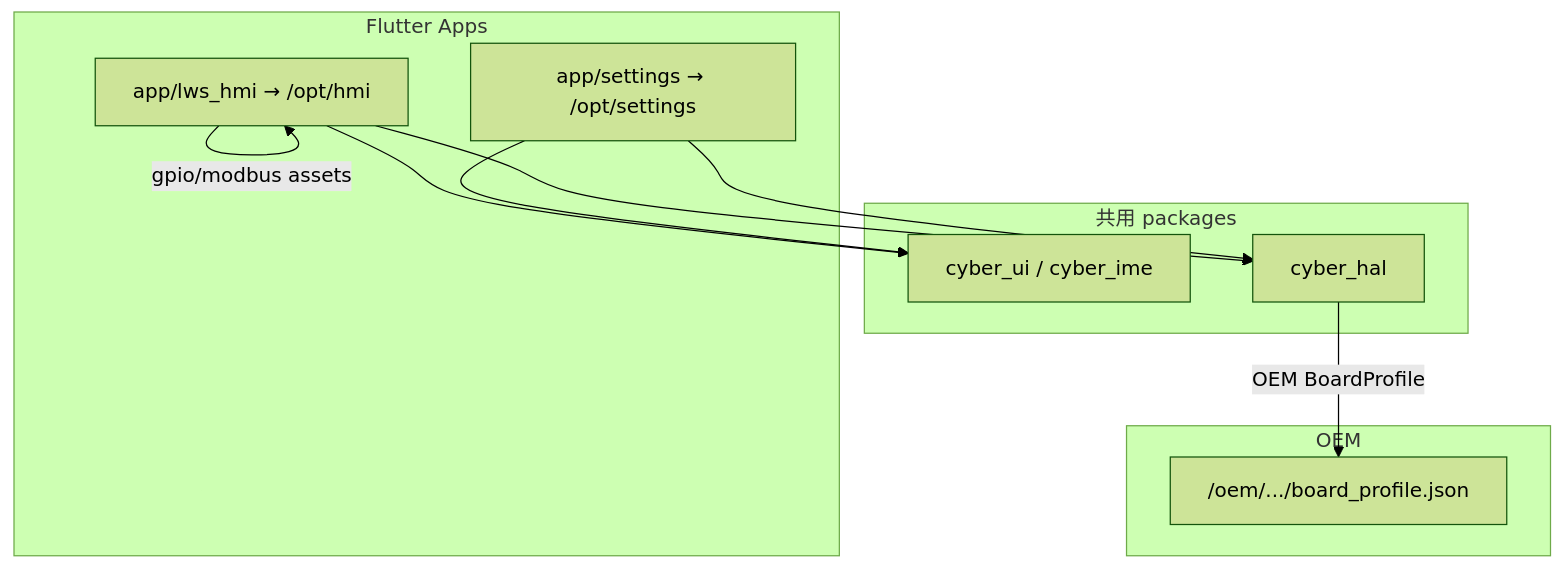
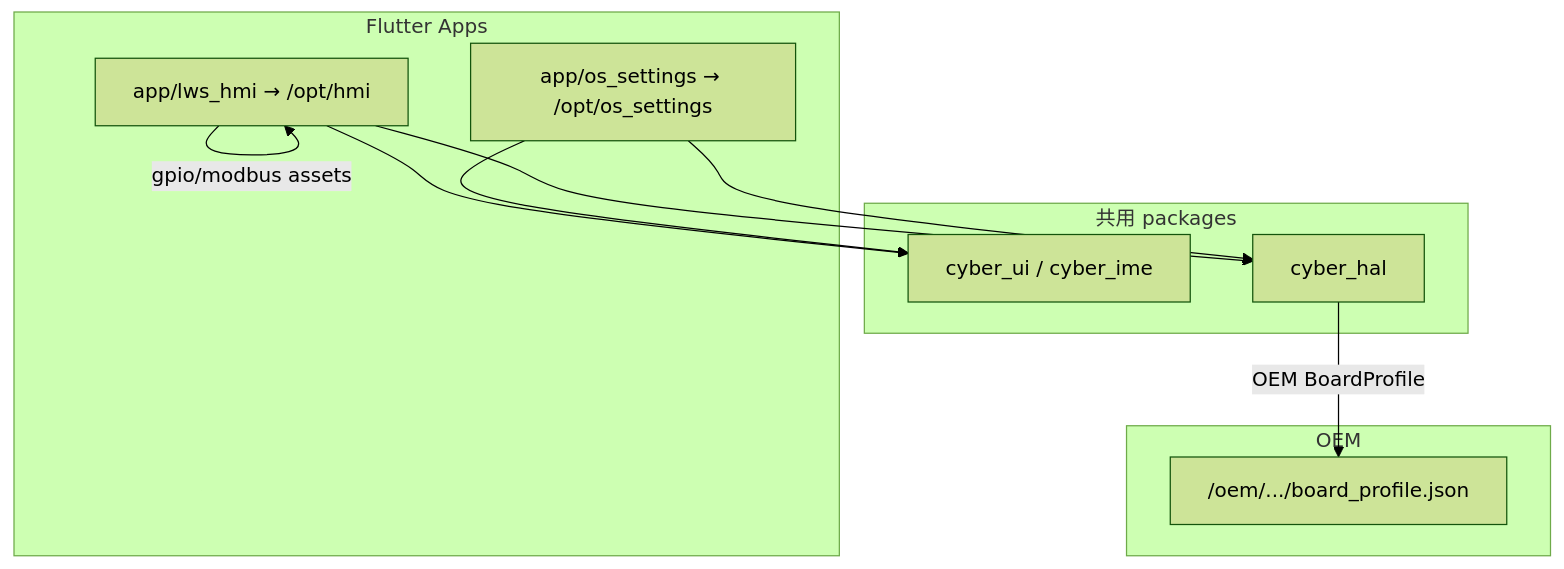
The diagram in docs/os-settings-app-plan.md (feng268050-ctrl/flutter_app), drawn with Mermaid (forest theme) before and after one commit. The commit also changed other lines of this file and 258 other files, not shown here.

First line of the commit message:
Add Cyber OS Settings app and migrate platform settings out of HMI.

````diff
--- a/docs/os-settings-app-plan.md
+++ b/docs/os-settings-app-plan.md
@@ -60,20 +62,20 @@
 ```mermaid
 flowchart TB
   subgraph apps [Flutter Apps]
     HMI["app/lws_hmi → /opt/hmi"]
-    SET["app/settings → /opt/settings"]
+    SET["app/os_settings → /opt/os_settings"]
   end
   subgraph shared [共用 packages]
     UI[cyber_ui / cyber_ime]
     HAL[cyber_hal]
   end
   subgraph oem [OEM]
     BP["/oem/.../board_profile.json"]
   end
   HMI --> UI
   HMI --> HAL
   SET --> UI
   SET --> HAL
   HAL -->|"OEM BoardProfile"| BP
   HMI -->|"gpio/modbus assets"| HMI
 ```
````
